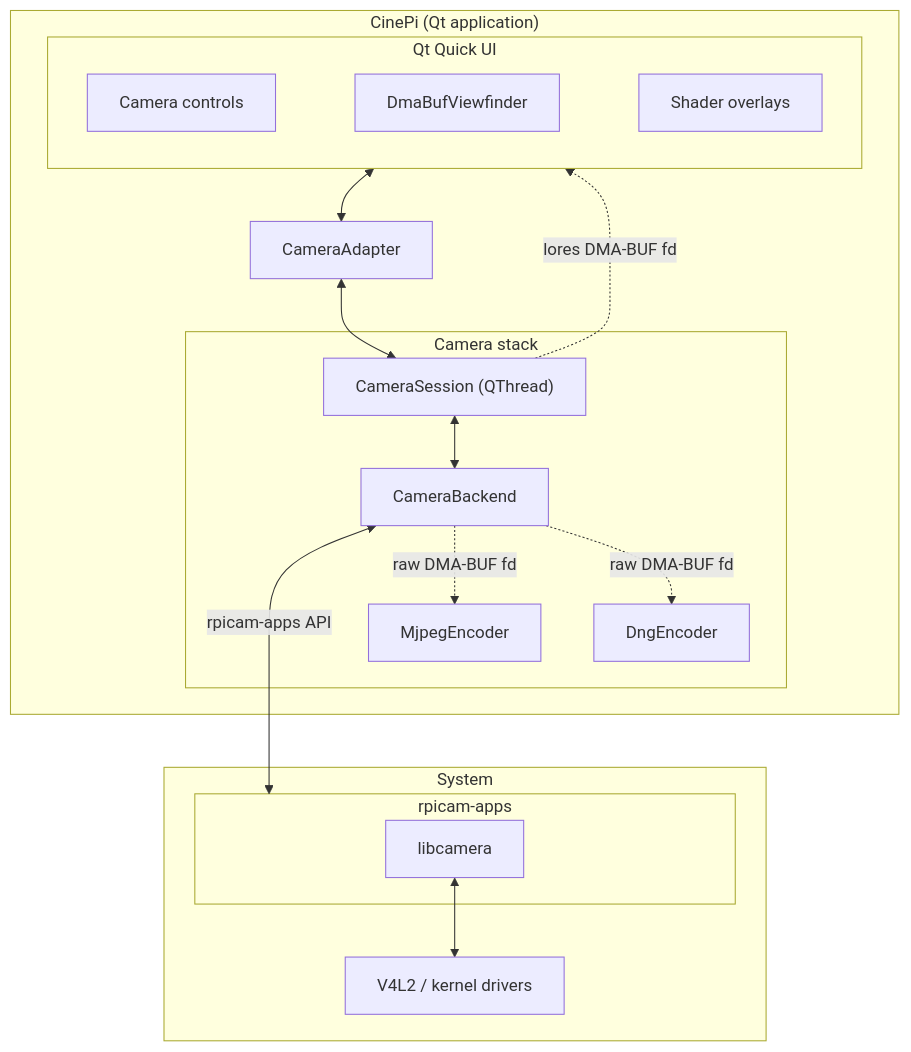
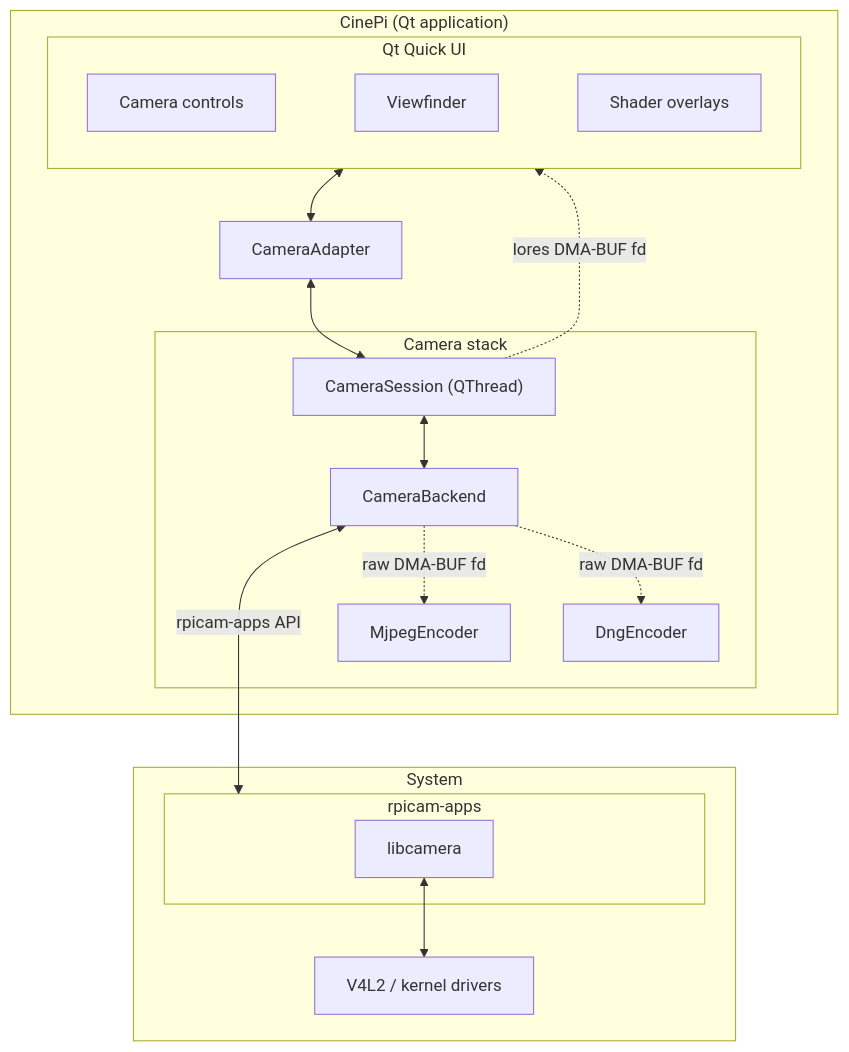
Before and after one commit to Kurokesu/cinepi-kurokesu: the diagram in README.md, drawn with Mermaid. The commit also changed 5 other files, not shown here.

First line of the commit message:
Rename DmaBufViewfinder to Viewfinder

````diff
--- a/README.md
+++ b/README.md
@@ -127,31 +127,31 @@
 ```mermaid
 flowchart TB
     subgraph CinePi["CinePi (Qt application)"]
         subgraph UI["Qt Quick UI"]
-            Controls["Camera controls"] ~~~ Viewfinder["DmaBufViewfinder"] ~~~ Overlays["Shader overlays"]
+            Controls["Camera controls"] ~~~ Viewfinder["Viewfinder"] ~~~ Overlays["Shader overlays"]
         end
         CameraAdapter["CameraAdapter"]
         subgraph CameraStack["Camera stack"]
             Session["CameraSession (QThread)"]
             Backend["CameraBackend"]
             DngEnc["DngEncoder"]
             MjpegEnc["MjpegEncoder"]
         end
     end
 
     subgraph System["System"]
         subgraph RPiCamApps["rpicam-apps"]
             Libcamera["libcamera"]
         end
         V4L2["V4L2 / kernel drivers"]
         Libcamera <--> V4L2
     end
 
     UI <--> CameraAdapter
     CameraAdapter <--> Session
     Session <--> Backend
     Backend -. "raw DMA-BUF fd" .-> DngEnc & MjpegEnc
     Backend <-- "rpicam-apps API" --> RPiCamApps
     DngEnc ~~~ RPiCamApps
     Session -. "lores DMA-BUF fd" .-> UI
 ```
````
